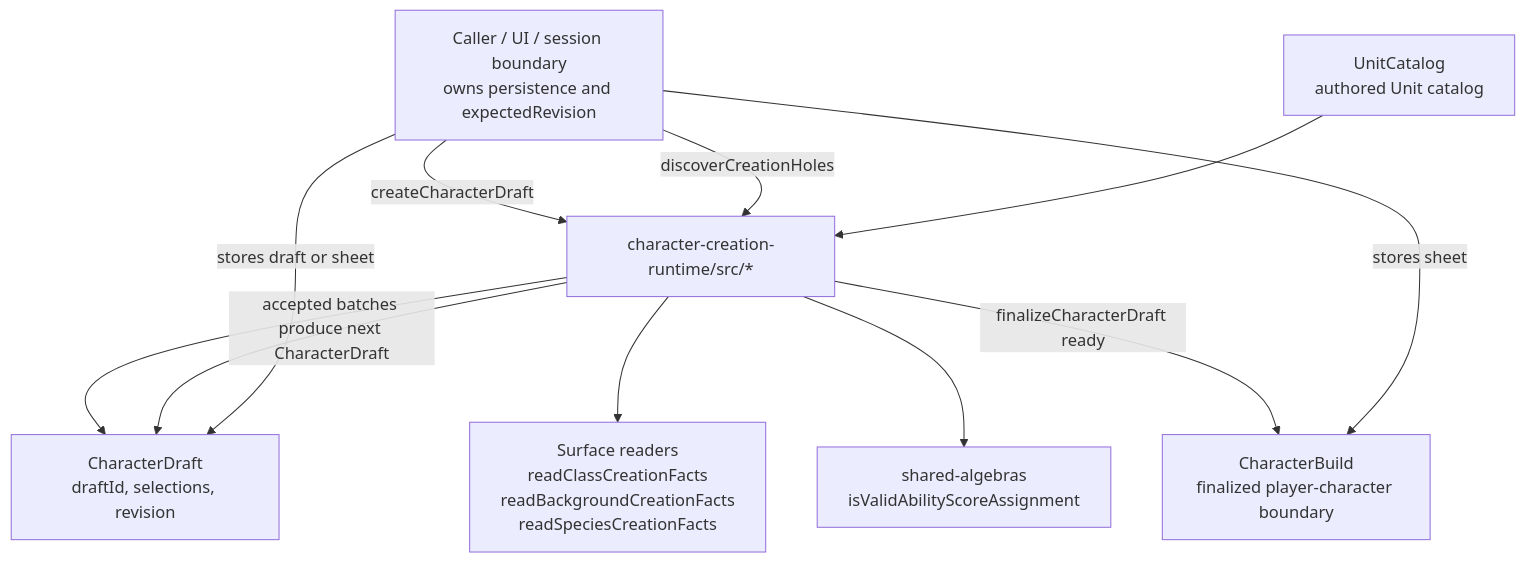
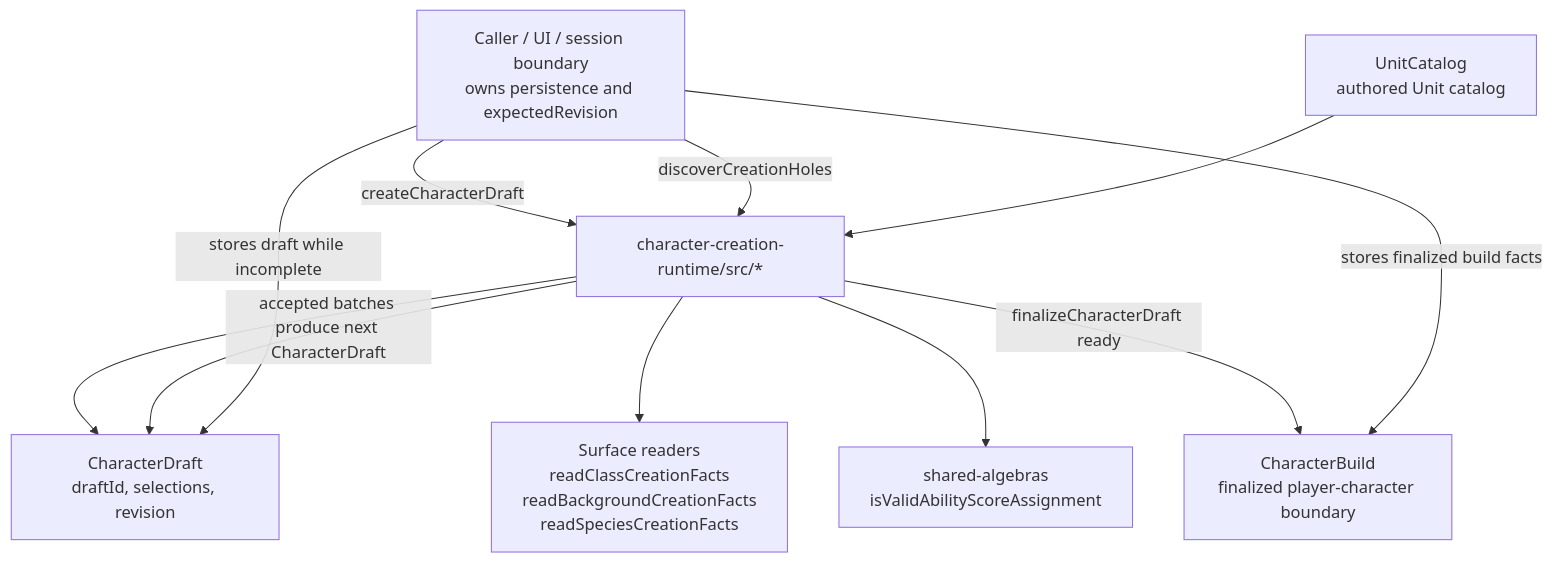
One commit to dearlordylord/5e-quint changed the first of 10 diagrams in packages/character-creation-runtime/EXPLANATORY_TIME_DIAGRAM.md. Above: the diagram before and after it, drawn with Mermaid. The commit also changed other lines of this file and 32 other files, not shown here.

````diff
--- a/packages/character-creation-runtime/EXPLANATORY_TIME_DIAGRAM.md
+++ b/packages/character-creation-runtime/EXPLANATORY_TIME_DIAGRAM.md
@@ -37,21 +37,21 @@
 ```mermaid
 flowchart TD
   Caller["Caller / UI / session boundary<br/>owns persistence and expectedRevision"]
   Draft["CharacterDraft<br/>draftId, selections, revision"]
   Catalog["UnitCatalog<br/>authored Unit catalog"]
   Runtime["character-creation-runtime/src/*"]
   SurfaceReaders["Surface readers<br/>readClassCreationFacts<br/>readBackgroundCreationFacts<br/>readSpeciesCreationFacts"]
   SharedAlgebra["shared-algebras<br/>isValidAbilityScoreAssignment"]
-  Sheet["CharacterBuild<br/>finalized player-character boundary"]
+  Build["CharacterBuild<br/>finalized player-character boundary"]
 
   Caller -->|createCharacterDraft| Runtime
   Runtime --> Draft
   Caller -->|discoverCreationHoles| Runtime
   Catalog --> Runtime
   Runtime --> SurfaceReaders
   Runtime --> SharedAlgebra
   Runtime -->|accepted batches produce next CharacterDraft| Draft
-  Runtime -->|finalizeCharacterDraft ready| Sheet
-  Caller -->|stores draft or sheet| Draft
-  Caller -->|stores sheet| Sheet
+  Runtime -->|finalizeCharacterDraft ready| Build
+  Caller -->|stores draft while incomplete| Draft
+  Caller -->|stores finalized build facts| Build
 ```
````
